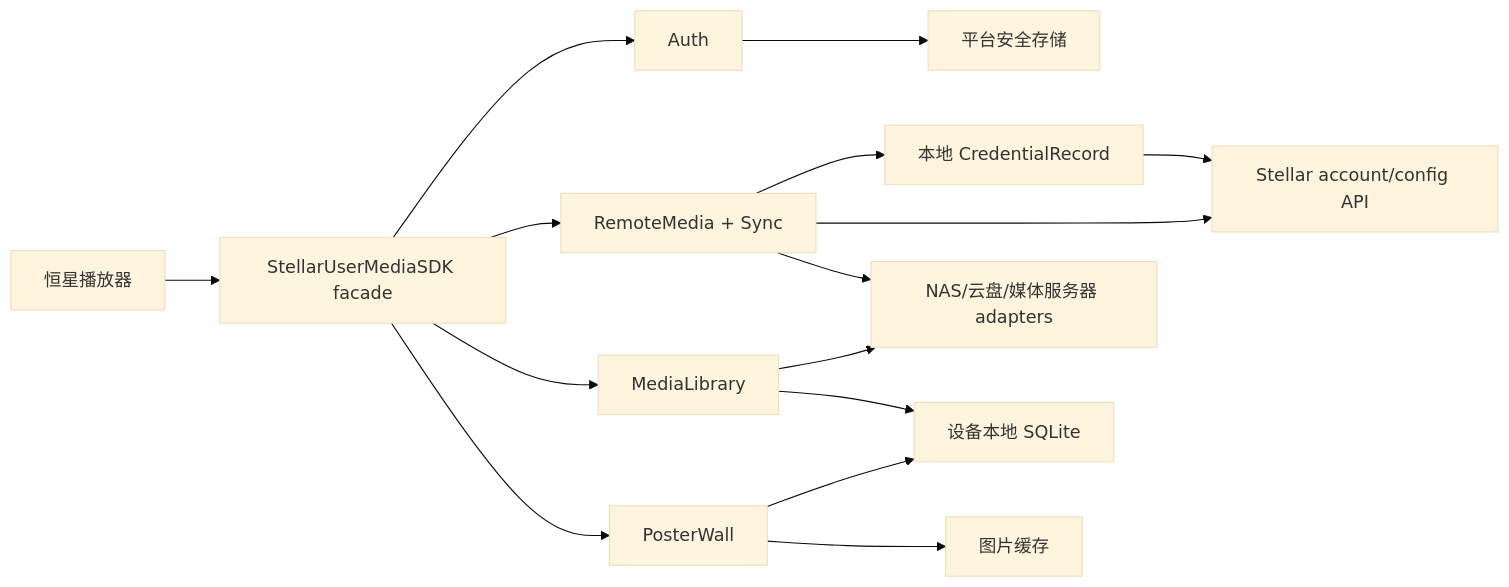
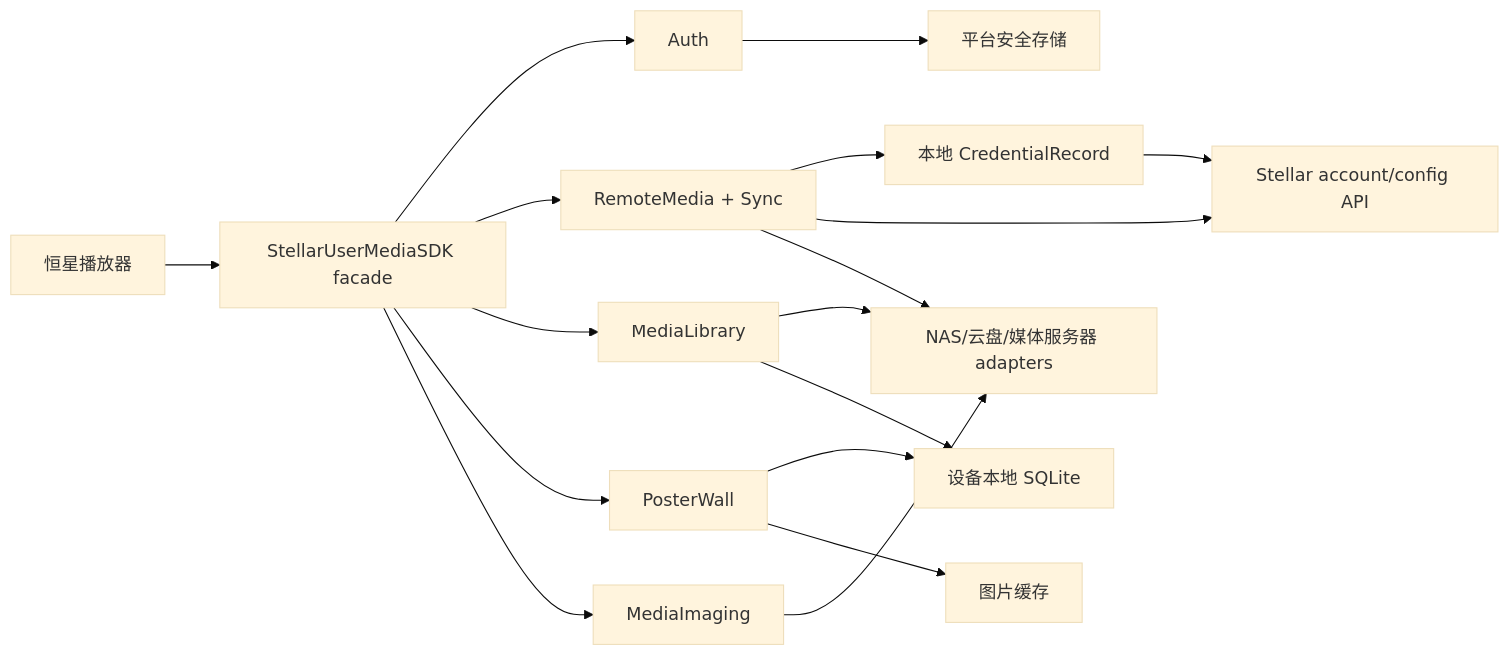
One commit to qietv/stellar-user-media-sdk changed the diagram in README.md. Above: the diagram before and after it, drawn with Mermaid (base theme). The commit also changed other lines of this file and 66 other files, not shown here.

````diff
--- a/README.md
+++ b/README.md
@@ -28,17 +32,19 @@
 ```mermaid
 flowchart LR
     App["恒星播放器"] --> SDK["StellarUserMediaSDK facade"]
     SDK --> Auth["Auth"]
     SDK --> Config["RemoteMedia + Sync"]
     SDK --> Library["MediaLibrary"]
     SDK --> Wall["PosterWall"]
+    SDK --> Imaging["MediaImaging"]
     Auth --> Secure["平台安全存储"]
     Config --> Credential["本地 CredentialRecord"]
     Config --> API["Stellar account/config API"]
     Credential --> API
     Config --> Adapters["NAS/云盘/媒体服务器 adapters"]
     Library --> Adapters
     Library --> SQLite["设备本地 SQLite"]
     Wall --> SQLite
     Wall --> Artwork["图片缓存"]
+    Imaging --> Adapters
 ```
````
